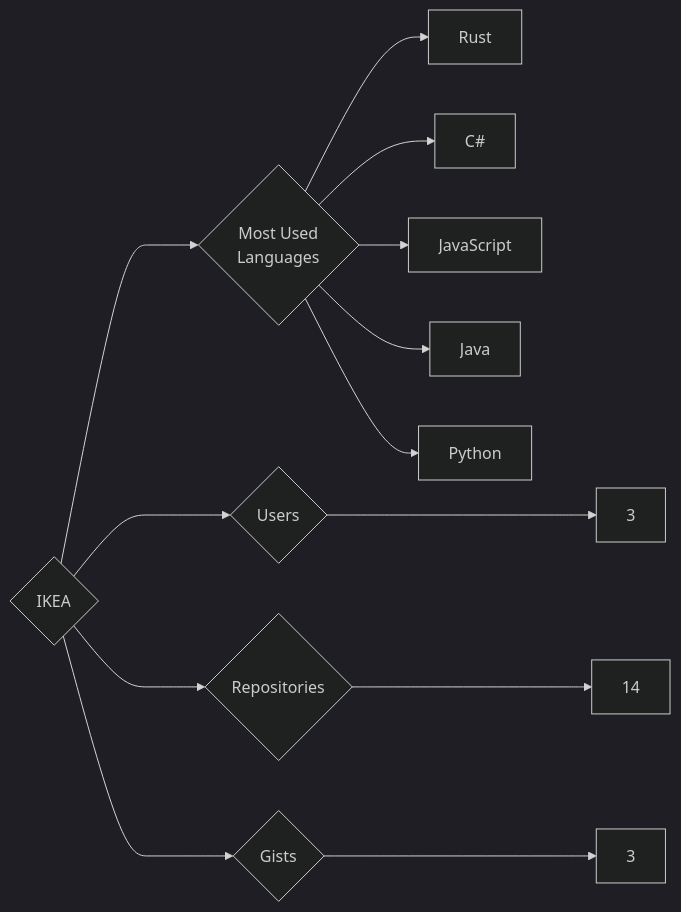
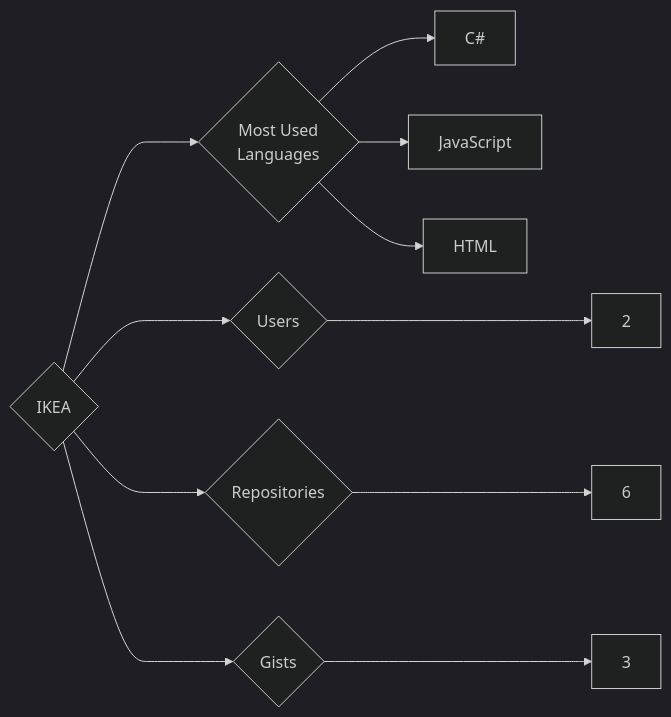
One commit to trickest/insiders changed the diagram in targets/IKEA/README.md. Above: the diagram before and after it, drawn with Mermaid (dark theme). The commit also changed 776 other files, not shown here.

````diff
--- a/targets/IKEA/README.md
+++ b/targets/IKEA/README.md
@@ -3,13 +3,11 @@
 ```mermaid
 graph LR
 COMPANY_NAME{IKEA}
-COMPANY_NAME ---> U{Users} ---> UN[3]
-COMPANY_NAME ---> R{Repositories} ---> RN[14]
+COMPANY_NAME ---> U{Users} ---> UN[2]
+COMPANY_NAME ---> R{Repositories} ---> RN[6]
 COMPANY_NAME ---> G{Gists} ---> GN[3]
 COMPANY_NAME ---> ML{Most Used<br>Languages}
-ML --> Rust[Rust]
 ML --> C#[C#]
 ML --> JavaScript[JavaScript]
-ML --> Java[Java]
-ML --> Python[Python]
+ML --> HTML[HTML]
 ```
````
